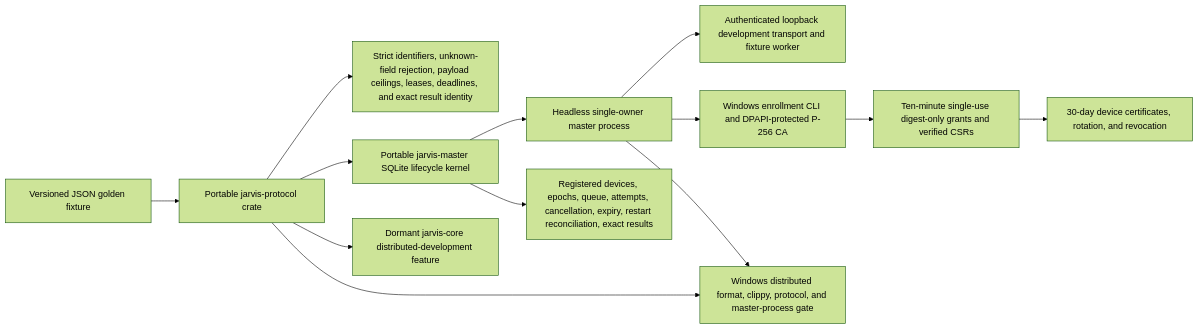
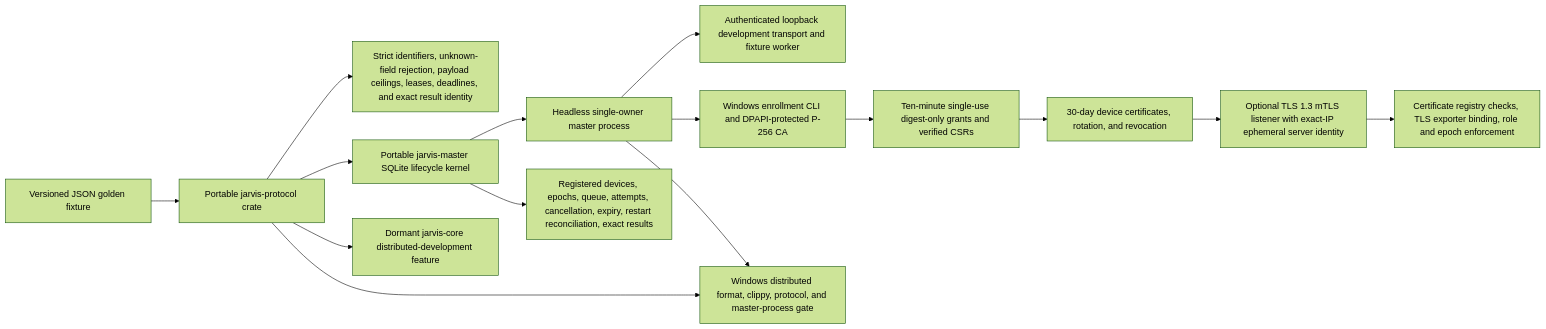
Before and after one commit to malak333/Assemblywright: the first of 18 diagrams in docs/architecture-map.md, drawn with Mermaid (forest theme). The commit also changed other lines of this file and 15 other files, not shown here.

````diff
--- a/docs/architecture-map.md
+++ b/docs/architecture-map.md
@@ -7,15 +7,17 @@
 ```mermaid
 flowchart LR
   Fixture["Versioned JSON golden fixture"] --> Protocol["Portable jarvis-protocol crate"]
   Protocol --> Bounds["Strict identifiers, unknown-field rejection, payload ceilings, leases, deadlines, and exact result identity"]
   Protocol --> Master["Portable jarvis-master SQLite lifecycle kernel"]
   Master --> Process["Headless single-owner master process"]
   Process --> Local["Authenticated loopback development transport and fixture worker"]
   Process --> Identity["Windows enrollment CLI and DPAPI-protected P-256 CA"]
   Identity --> Grants["Ten-minute single-use digest-only grants and verified CSRs"]
   Grants --> Certificates["30-day device certificates, rotation, and revocation"]
+  Certificates --> Remote["Optional TLS 1.3 mTLS listener with exact-IP ephemeral server identity"]
+  Remote --> Binding["Certificate registry checks, TLS exporter binding, role and epoch enforcement"]
   Master --> Durable["Registered devices, epochs, queue, attempts, cancellation, expiry, restart reconciliation, exact results"]
   Protocol --> Feature["Dormant jarvis-core distributed-development feature"]
   Protocol --> Windows["Windows distributed format, clippy, protocol, and master-process gate"]
   Process --> Windows
 ```
````
